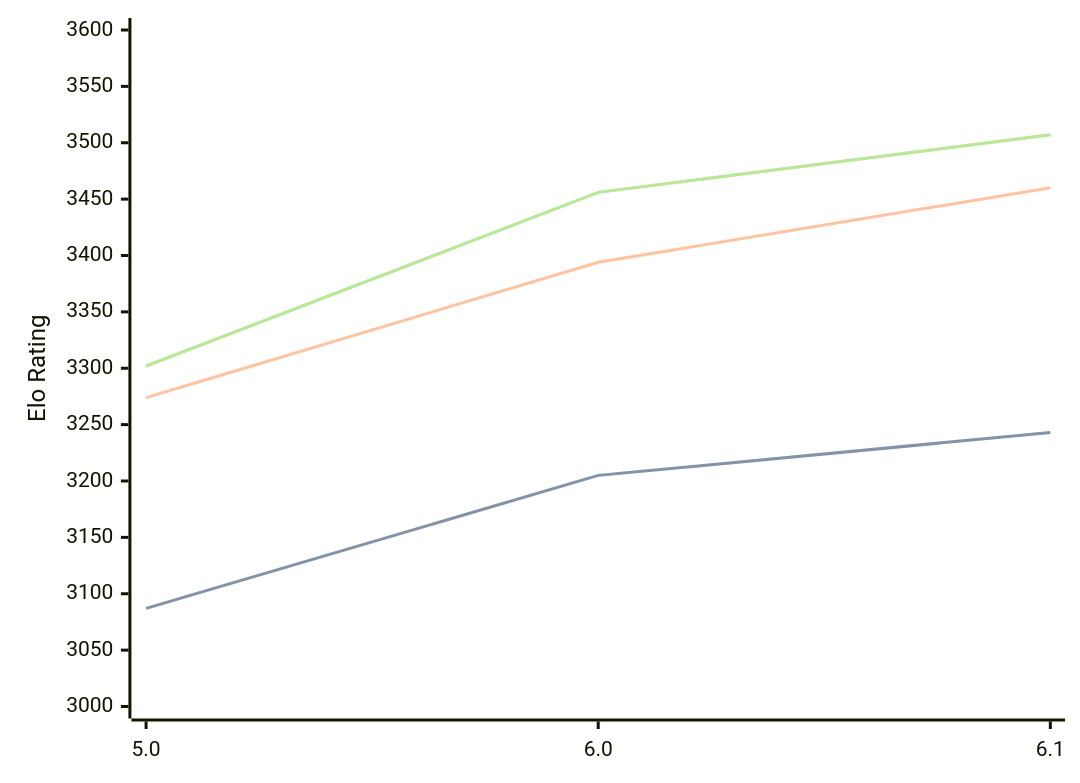
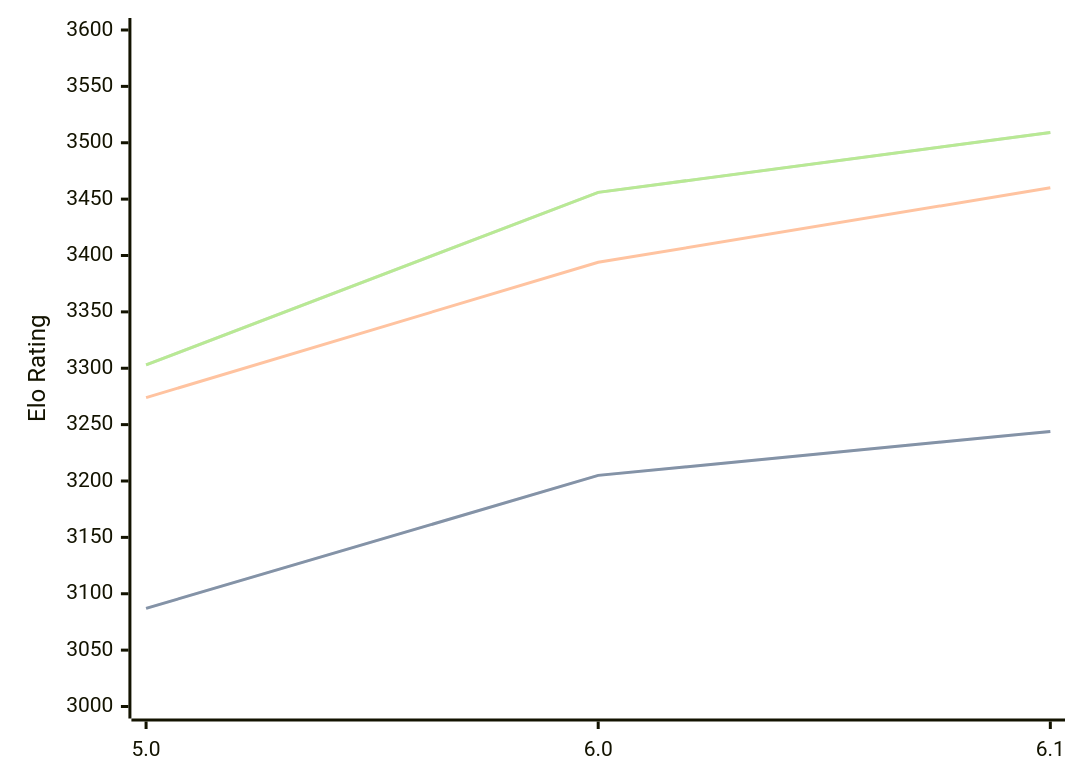
One commit to computer-chess-index/cci changed the diagram in engines/PZChessBot.md. Above: the diagram before and after it, drawn with Mermaid. The commit also changed other lines of this file, not shown here.

Commit message:
Update CCI Ratings (ELO VLTC) - 2026-02-18

````diff
--- a/engines/PZChessBot.md
+++ b/engines/PZChessBot.md
@@ -39,11 +39,11 @@
 ```mermaid
 %%{init: {"theme":"base","themeVariables":{"seriesColors:['#a3a3a3','#222221','#faa371']}}}%%
 xychart-beta
   x-axis ["5.0", "6.0", "6.1"]
   y-axis "Elo Rating" 3000 --> 3600
-  line "STC (8.0+0.08s)" [3087, 3205, 3243]
-  line "STC (8.0+0.08s)" [3087, 3205, 3243]
+  line "STC (8.0+0.08s)" [3087, 3205, 3244]
+  line "STC (8.0+0.08s)" [3087, 3205, 3244]
   line "LTC (60.0+0.60s)" [3274, 3394, 3460]
-  line "VLTC (2m24s+1.12s)" [3302, 3456, 3507]
-  line "VLTC (2m24s+1.12s)" [3302, 3456, 3507]
+  line "VLTC (2m24s+1.12s)" [3303, 3456, 3509]
+  line "VLTC (2m24s+1.12s)" [3303, 3456, 3509]
 ```
````
